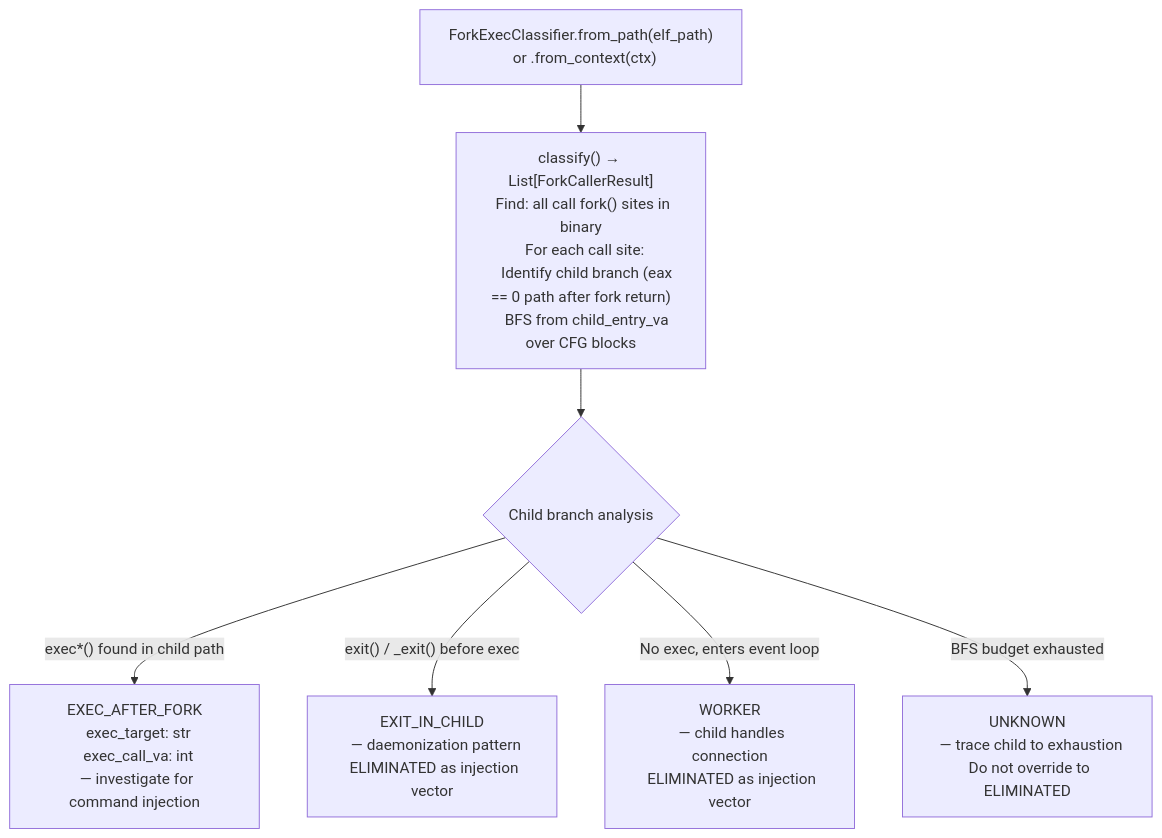
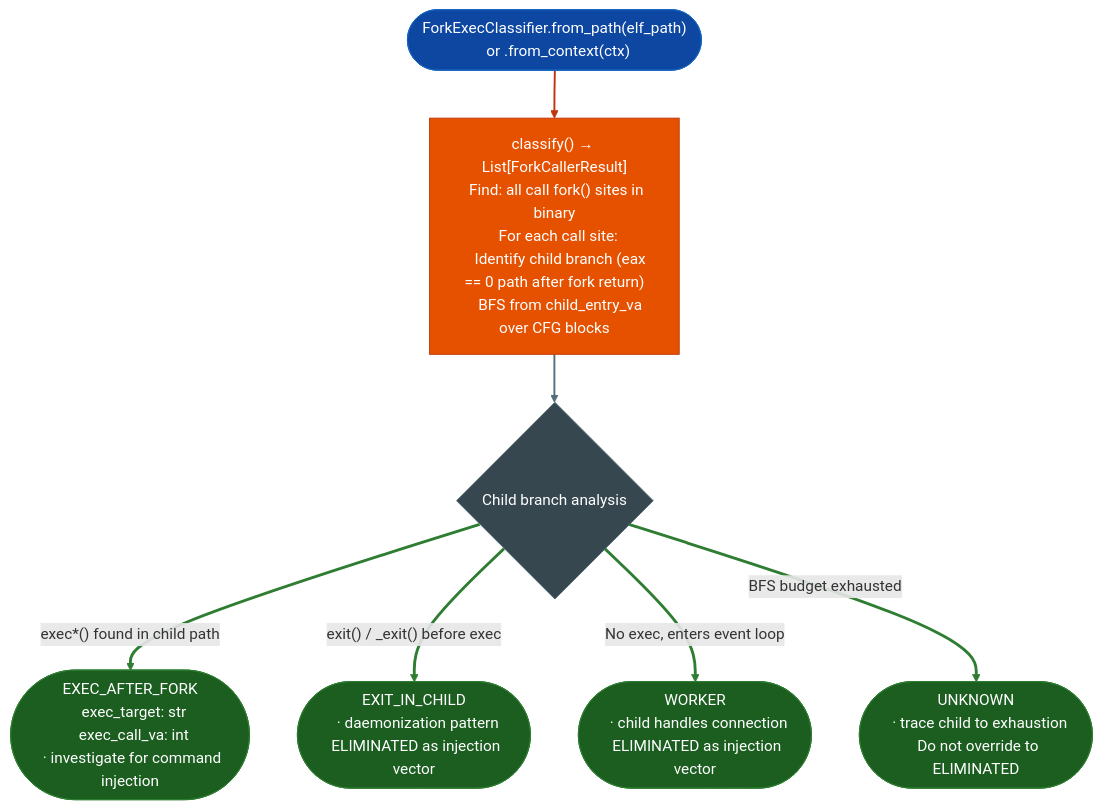
One commit to Ablation-Tool/ablation changed the diagram in docs/reference-modules/fork-exec-classification.md. Above: the diagram before and after it, drawn with Mermaid. The commit also changed 320 other files, not shown here.

First line of the commit message:
docs: apply canonical Mermaid template to all 321 diagrams

````diff
--- a/docs/reference-modules/fork-exec-classification.md
+++ b/docs/reference-modules/fork-exec-classification.md
@@ -19,9 +19,21 @@
 ```mermaid
 flowchart TD
-    A["ForkExecClassifier.from_path(elf_path)\n  or .from_context(ctx)"] --> B["classify() → List[ForkCallerResult]\n  Find: all call fork() sites in binary\n  For each call site:\n    Identify child branch (eax == 0 path after fork return)\n    BFS from child_entry_va over CFG blocks"]
-    B --> C{"Child branch analysis"}
-    C -->|"exec*() found in child path"| D["EXEC_AFTER_FORK\n  exec_target: str\n  exec_call_va: int\n  — investigate for command injection"]
-    C -->|"exit() / _exit() before exec"| E["EXIT_IN_CHILD\n  — daemonization pattern\n  ELIMINATED as injection vector"]
-    C -->|"No exec, enters event loop"| F["WORKER\n  — child handles connection\n  ELIMINATED as injection vector"]
-    C -->|"BFS budget exhausted"| G["UNKNOWN\n  — trace child to exhaustion\n  Do not override to ELIMINATED"]
+    A(["ForkExecClassifier.from_path(elf_path)\n  or .from_context(ctx)"]):::input --> B["classify() → List[ForkCallerResult]\n  Find: all call fork() sites in binary\n  For each call site:\n    Identify child branch (eax == 0 path after fork return)\n    BFS from child_entry_va over CFG blocks"]:::primary
+    B:::primary --> C{"Child branch analysis"}:::neutral
+    C:::neutral -->|"exec*() found in child path"| D(["EXEC_AFTER_FORK\n  exec_target: str\n  exec_call_va: int\n  · investigate for command injection"]):::output
+    C:::neutral -->|"exit() / _exit() before exec"| E(["EXIT_IN_CHILD\n  · daemonization pattern\n  ELIMINATED as injection vector"]):::output
+    C:::neutral -->|"No exec, enters event loop"| F(["WORKER\n  · child handles connection\n  ELIMINATED as injection vector"]):::output
+    C:::neutral -->|"BFS budget exhausted"| G(["UNKNOWN\n  · trace child to exhaustion\n  Do not override to ELIMINATED"]):::output
+    classDef input     fill:#0d47a1,stroke:#1565c0,color:#fff
+    classDef primary   fill:#e65100,stroke:#bf360c,color:#fff
+    classDef secondary fill:#004d40,stroke:#00695c,color:#fff
+    classDef tertiary  fill:#4a148c,stroke:#6a1b9a,color:#fff
+    classDef neutral   fill:#37474f,stroke:#546e7a,color:#fff
+    classDef output    fill:#1b5e20,stroke:#2e7d32,color:#fff
+    linkStyle 0 stroke:#bf360c,stroke-width:2px
+    linkStyle 1 stroke:#546e7a,stroke-width:2px
+    linkStyle 2 stroke:#2e7d32,stroke-width:3px
+    linkStyle 3 stroke:#2e7d32,stroke-width:3px
+    linkStyle 4 stroke:#2e7d32,stroke-width:3px
+    linkStyle 5 stroke:#2e7d32,stroke-width:3px
 ```
````
